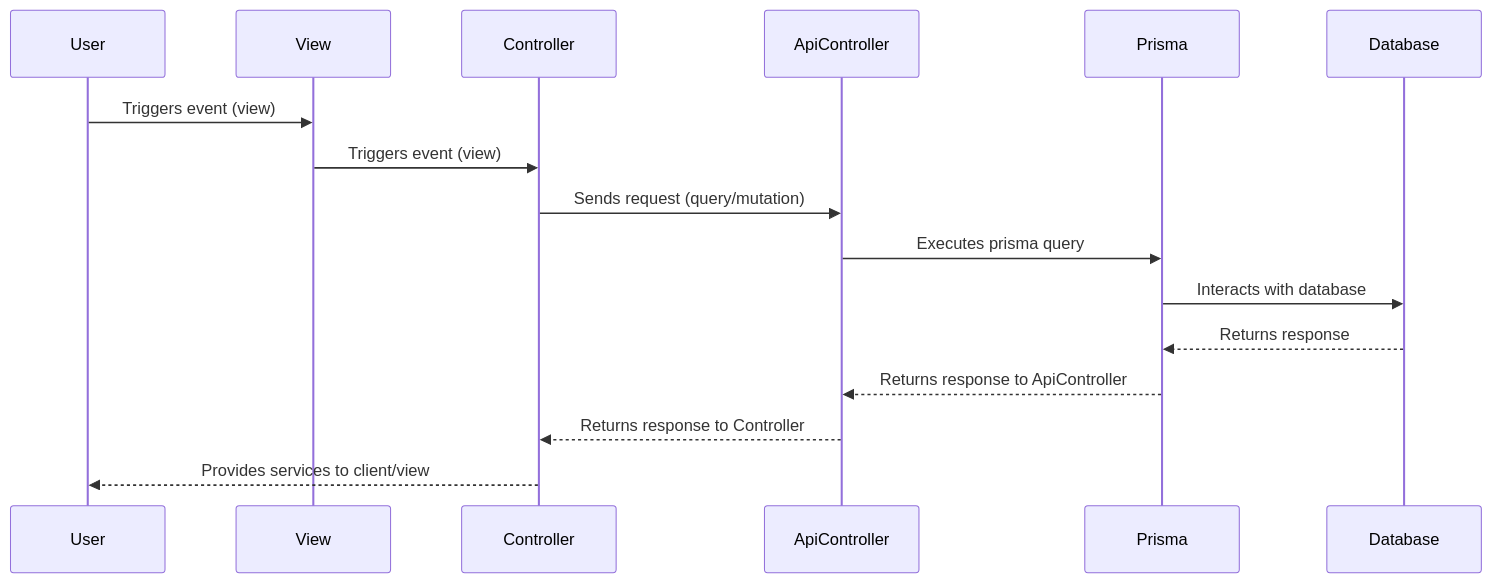
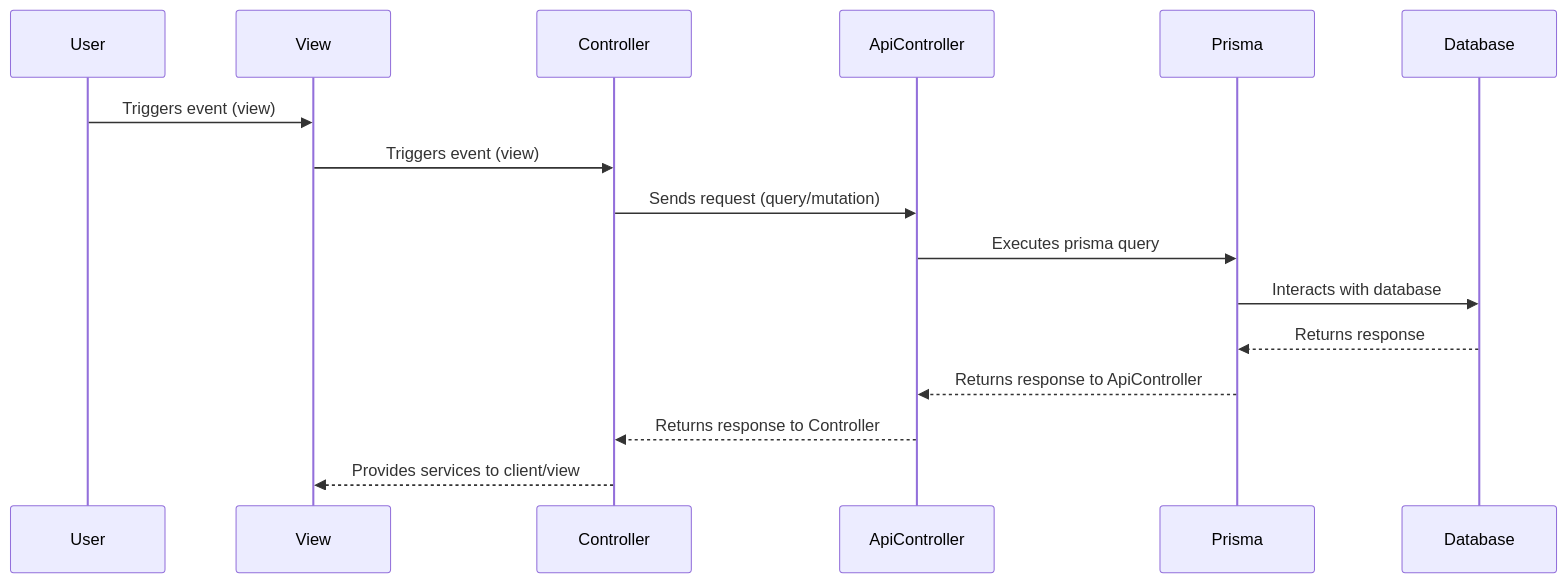
Before and after one commit to DawidWraga/team-project: the second of 2 diagrams in README.md, drawn with Mermaid.

Commit message:
Update Sequence Diagram

````diff
--- a/README.md
+++ b/README.md
@@ -151,13 +151,13 @@
 ```mermaid
 sequenceDiagram
 User->>View: Triggers event (view)
 View->>Controller: Triggers event (view)
 Controller->>ApiController: Sends request (query/mutation)
 ApiController->>Prisma: Executes prisma query
 Prisma->>Database: Interacts with database
 Database-->>Prisma: Returns response
 Prisma-->>ApiController: Returns response to ApiController
 ApiController-->>Controller: Returns response to Controller
-Controller-->>User: Provides services to client/view
+Controller-->>View: Provides services to client/view
 
 ```
````
